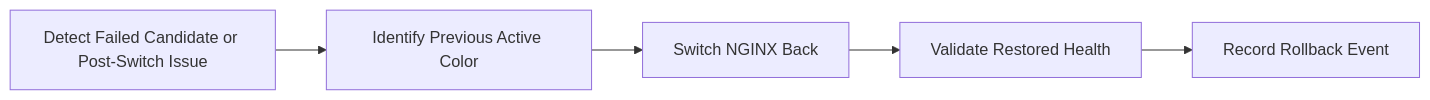
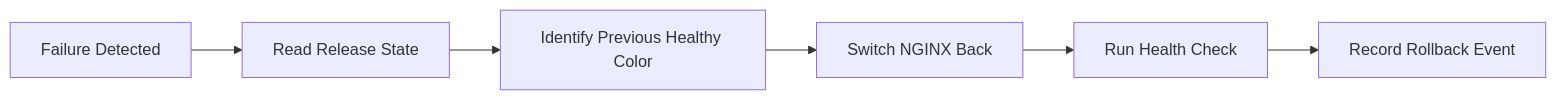
One commit to shekhar396/zero-downtime-cicd-template changed the third of 3 diagrams in docs/ARCHITECTURE.md. Above: the diagram before and after it, drawn with Mermaid. The commit also changed other lines of this file and 8 other files, not shown here.

Commit message:
docs: define v1.0 roadmap and release scope

````diff
--- a/docs/ARCHITECTURE.md
+++ b/docs/ARCHITECTURE.md
@@ -64,7 +112,8 @@
 ```mermaid
 flowchart LR
-    A[Detect Failed Candidate or Post-Switch Issue] --> B[Identify Previous Active Color]
-    B --> C[Switch NGINX Back]
-    C --> D[Validate Restored Health]
-    D --> E[Record Rollback Event]
+    A[Failure Detected] --> B[Read Release State]
+    B --> C[Identify Previous Healthy Color]
+    C --> D[Switch NGINX Back]
+    D --> E[Run Health Check]
+    E --> F[Record Rollback Event]
 ```
````
